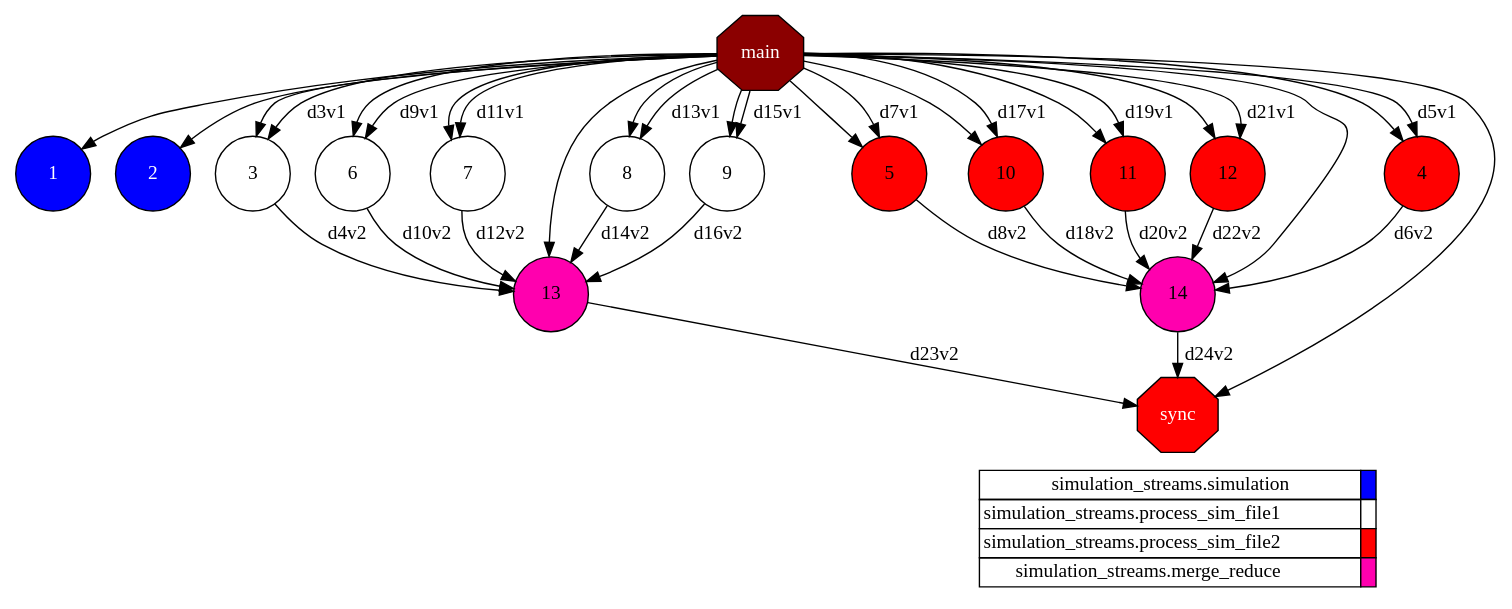
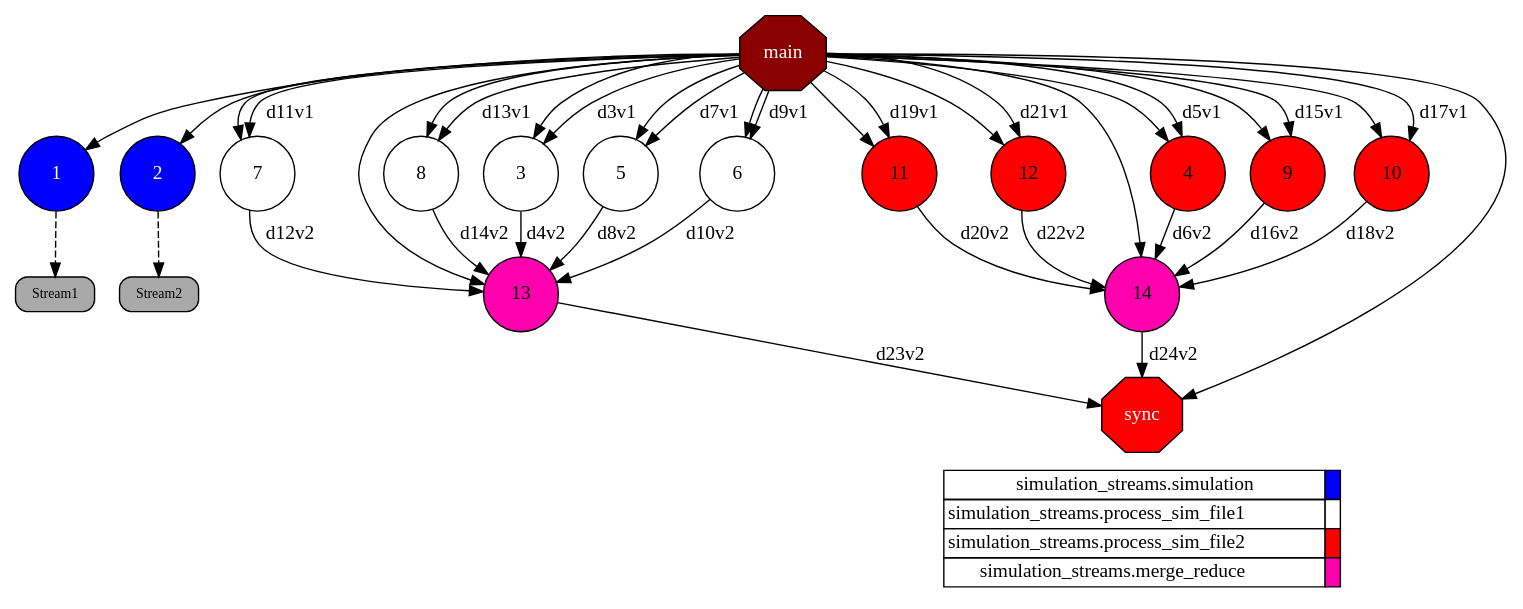
The diagram in examples_results/simulation-python-small-streams/monitor/complete_graph.dot (bsc-wdc/distro-stream-lib), drawn with Graphviz before and after one commit. The commit also changed 9 other files, not shown here.

Commit message:
Update examples task graphs

```diff
--- a/examples_results/simulation-python-small-streams/monitor/complete_graph.dot
+++ b/examples_results/simulation-python-small-streams/monitor/complete_graph.dot
@@ -1,88 +1,92 @@
 digraph {
   rankdir=TB;
   labeljust="l";
   compound= true;
   subgraph dependence_graph {
     ranksep=0.20;
     node[height=0.75];
 
 Synchro0[label="main", shape=octagon, style=filled fillcolor="#8B0000" fontcolor="#FFFFFF"];
 1[shape=circle, style=filled fillcolor="#0000ff" fontcolor="#ffffff"];
 Synchro0 -> 1;
+Stream1[shape=rect style="rounded,filled" width=0 height=0 margin=0.1 fontsize=10 fillcolor="#a9a9a9" fontcolor="#000000"]
+1 -> Stream1 [style=dashed];
 2[shape=circle, style=filled fillcolor="#0000ff" fontcolor="#ffffff"];
 Synchro0 -> 2;
+Stream2[shape=rect style="rounded,filled" width=0 height=0 margin=0.1 fontsize=10 fillcolor="#a9a9a9" fontcolor="#000000"]
+2 -> Stream2 [style=dashed];
 3[shape=circle, style=filled fillcolor="#ffffff" fontcolor="#000000"];
 Synchro0 -> 3 [label="d3v1"];
 Synchro0 -> 3;
 4[shape=circle, style=filled fillcolor="#ff0000" fontcolor="#000000"];
 Synchro0 -> 4 [label="d5v1"];
 Synchro0 -> 4;
-5[shape=circle, style=filled fillcolor="#ff0000" fontcolor="#000000"];
+5[shape=circle, style=filled fillcolor="#ffffff" fontcolor="#000000"];
 Synchro0 -> 5 [label="d7v1"];
 Synchro0 -> 5;
 6[shape=circle, style=filled fillcolor="#ffffff" fontcolor="#000000"];
 Synchro0 -> 6 [label="d9v1"];
 Synchro0 -> 6;
 7[shape=circle, style=filled fillcolor="#ffffff" fontcolor="#000000"];
 Synchro0 -> 7 [label="d11v1"];
 Synchro0 -> 7;
 8[shape=circle, style=filled fillcolor="#ffffff" fontcolor="#000000"];
 Synchro0 -> 8 [label="d13v1"];
 Synchro0 -> 8;
-9[shape=circle, style=filled fillcolor="#ffffff" fontcolor="#000000"];
+9[shape=circle, style=filled fillcolor="#ff0000" fontcolor="#000000"];
 Synchro0 -> 9 [label="d15v1"];
 Synchro0 -> 9;
 10[shape=circle, style=filled fillcolor="#ff0000" fontcolor="#000000"];
 Synchro0 -> 10 [label="d17v1"];
 Synchro0 -> 10;
 11[shape=circle, style=filled fillcolor="#ff0000" fontcolor="#000000"];
 Synchro0 -> 11 [label="d19v1"];
 Synchro0 -> 11;
 12[shape=circle, style=filled fillcolor="#ff0000" fontcolor="#000000"];
 Synchro0 -> 12 [label="d21v1"];
 Synchro0 -> 12;
 13[shape=circle, style=filled fillcolor="#ff00ae" fontcolor="#000000"];
 Synchro0 -> 13;
 3 -> 13 [label="d4v2"];
+5 -> 13 [label="d8v2"];
 6 -> 13 [label="d10v2"];
 7 -> 13 [label="d12v2"];
 8 -> 13 [label="d14v2"];
-9 -> 13 [label="d16v2"];
 14[shape=circle, style=filled fillcolor="#ff00ae" fontcolor="#000000"];
 Synchro0 -> 14;
 4 -> 14 [label="d6v2"];
-5 -> 14 [label="d8v2"];
+9 -> 14 [label="d16v2"];
 10 -> 14 [label="d18v2"];
 11 -> 14 [label="d20v2"];
 12 -> 14 [label="d22v2"];
 Synchro1[label="sync", shape=octagon, style=filled fillcolor="#ff0000" fontcolor="#FFFFFF"];
 Synchro0 -> Synchro1;
 13 -> Synchro1 [label="d23v2"];
 14 -> Synchro1 [label="d24v2"];  }
   subgraph legend {
     rank=sink;
     node [shape=plaintext, height=0.75];
     ranksep=0.20;
     label = "Legend";
     key [label=<
       <table border="0" cellpadding="2" cellspacing="0" cellborder="1">
 <tr>
 <td align="right">simulation_streams.simulation</td>
 <td bgcolor="#0000ff">&nbsp;</td>
 </tr>
 <tr>
 <td align="right">simulation_streams.process_sim_file1</td>
 <td bgcolor="#ffffff">&nbsp;</td>
 </tr>
 <tr>
 <td align="right">simulation_streams.process_sim_file2</td>
 <td bgcolor="#ff0000">&nbsp;</td>
 </tr>
 <tr>
 <td align="right">simulation_streams.merge_reduce</td>
 <td bgcolor="#ff00ae">&nbsp;</td>
 </tr>
       </table>
     >]
   }
 }
```
